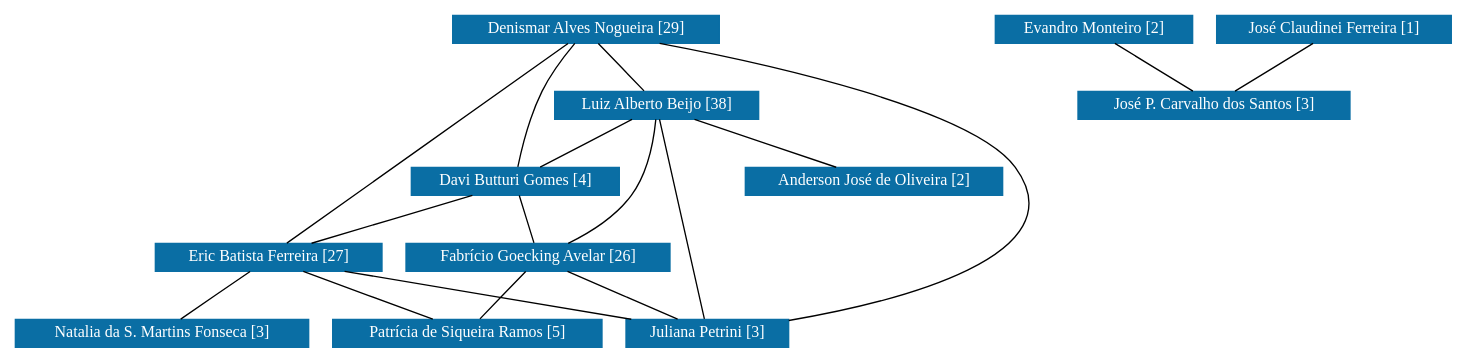
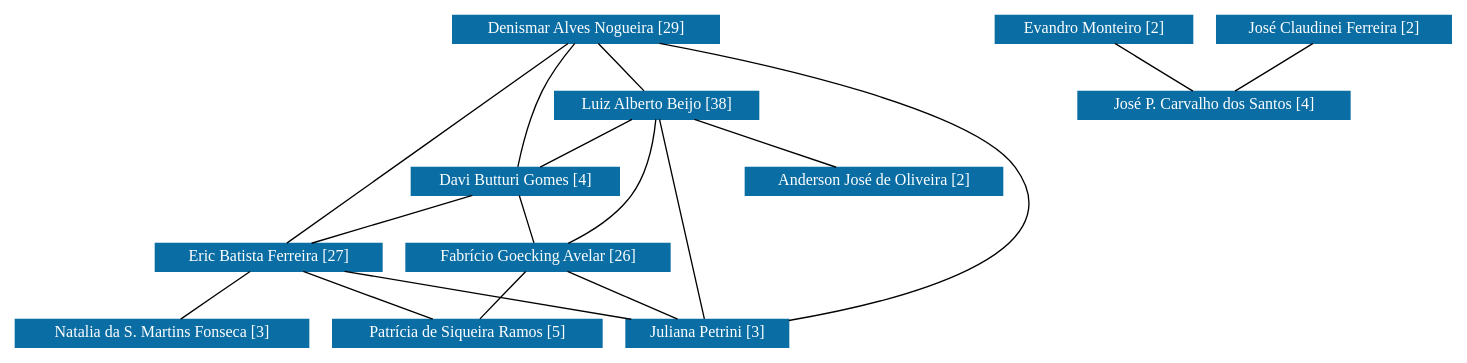
One commit to icamps/unifal-lattes.github.io changed the diagram in PPGEAB/grafoDeColaboracoesSemPesos.dot. Above: the diagram before and after it, drawn with Graphviz. The commit also changed 833 other files, not shown here.

```diff
--- a/PPGEAB/grafoDeColaboracoesSemPesos.dot
+++ b/PPGEAB/grafoDeColaboracoesSemPesos.dot
@@ -1,112 +1,112 @@
 strict graph grafo1 {
 	graph [bb="0,0,895.5,249",
 		id=grafo1,
 		overlap=False
 	];
 	node [fontsize=12,
 		label="\N",
 		shape=rectangle,
 		style=filled
 	];
 	0	 [URL="membro-3858924778362309.html",
 		color="#0A6EA4",
 		fontcolor="#FFFFFF",
 		height=0.29167,
 		label="Denismar Alves Nogueira [29]",
 		pos="340,238.5",
 		width=2.2361];
 	1	 [URL="membro-8194104388434526.html",
 		color="#0A6EA4",
 		fontcolor="#FFFFFF",
 		height=0.29167,
 		label="Luiz Alberto Beijo [38]",
 		pos="386,181.5",
 		width=1.7778];
 	0 -- 1	 [pos="348.65,227.78 356.88,217.59 369.18,202.35 377.39,192.17"];
 	2	 [URL="membro-0326922176762825.html",
 		color="#0A6EA4",
 		fontcolor="#FFFFFF",
 		height=0.29167,
 		label="Davi Butturi Gomes [4]",
 		pos="293,124.5",
 		width=1.8056];
 	0 -- 2	 [pos="332.8,227.8 326.86,218.61 318.54,204.86 313,192 304.68,172.7 298.51,148.86 295.36,135.3"];
 	3	 [URL="membro-9965398009651936.html",
 		color="#0A6EA4",
 		fontcolor="#FFFFFF",
 		height=0.29167,
 		label="Eric Batista Ferreira [27]",
 		pos="150,67.5",
 		width=1.8889];
 	0 -- 3	 [pos="327.04,227.9 304.63,209.46 257.34,170.08 219,135 197.73,115.54 173.9,91.761 160.54,78.249"];
 	5	 [URL="membro-9510541669291293.html",
 		color="#0A6EA4",
 		fontcolor="#FFFFFF",
 		height=0.29167,
 		label="Juliana Petrini [3]",
 		pos="424,10.5",
 		width=1.4028];
 	0 -- 5	 [pos="386.77,227.94 458.88,210.61 591.78,174.12 619,135 660.63,75.154 545.21,37.587 474.51,20.79"];
 	1 -- 2	 [pos="368.51,170.78 351.88,160.59 327.02,145.35 310.41,135.17"];
 	1 -- 5	 [pos="388.38,170.8 395.2,140.09 414.8,51.897 421.62,21.193"];
 	4	 [URL="membro-6886514520601172.html",
 		color="#0A6EA4",
 		fontcolor="#FFFFFF",
 		height=0.29167,
 		label="Fabrício Goecking Avelar [26]",
 		pos="316,67.5",
 		width=2.2222];
 	1 -- 4	 [pos="384.83,170.71 382.9,156.73 378.13,132.03 367,114 358.06,99.521 343.35,86.798 332.02,78.337"];
 	8	 [URL="membro-1349156075777095.html",
 		color="#0A6EA4",
 		fontcolor="#FFFFFF",
 		height=0.29167,
 		label="Anderson José de Oliveira [2]",
 		pos="531,124.5",
 		width=2.1944];
 	1 -- 8	 [pos="412.93,170.91 438.98,160.67 478.22,145.25 504.21,135.03"];
 	2 -- 3	 [pos="266.44,113.91 240.75,103.67 202.06,88.25 176.42,78.031"];
 	2 -- 4	 [pos="297.33,113.78 301.44,103.59 307.59,88.348 311.69,78.173"];
 	3 -- 5	 [pos="200.58,56.979 249.75,46.75 324.03,31.297 373.26,21.056"];
 	6	 [URL="membro-7184150832649950.html",
 		color="#0A6EA4",
 		fontcolor="#FFFFFF",
 		height=0.29167,
 		label="Patrícia de Siqueira Ramos [5]",
 		pos="275,10.5",
 		width=2.2361];
 	3 -- 6	 [pos="173.22,56.912 195.67,46.674 229.5,31.25 251.91,21.031"];
 	7	 [URL="membro-3374954104030940.html",
 		color="#0A6EA4",
 		fontcolor="#FFFFFF",
 		height=0.29167,
 		label="Natalia da S. Martins Fonseca [3]",
 		pos="88,10.5",
 		width=2.4444];
 	3 -- 7	 [pos="138.34,56.779 127.25,46.588 110.68,31.348 99.609,21.173"];
 	4 -- 5	 [pos="336.06,56.912 355.46,46.674 384.68,31.25 404.05,21.031"];
 	4 -- 6	 [pos="308.29,56.779 300.96,46.588 290,31.348 282.68,21.173"];
 	9	 [URL="membro-3089568911577519.html",
 		color="#0A6EA4",
 		fontcolor="#FFFFFF",
 		height=0.29167,
 		label="Evandro Monteiro [2]",
 		pos="674,238.5",
 		width=1.6667];
 	11	 [URL="membro-9393213180145144.html",
 		color="#0A6EA4",
 		fontcolor="#FFFFFF",
 		height=0.29167,
-		label="José P. Carvalho dos Santos [3]",
+		label="José P. Carvalho dos Santos [4]",
 		pos="749,181.5",
 		width=2.3056];
 	9 -- 11	 [pos="688.11,227.78 701.52,217.59 721.57,202.35 734.96,192.17"];
 	10	 [URL="membro-6808752952332925.html",
 		color="#0A6EA4",
 		fontcolor="#FFFFFF",
 		height=0.29167,
-		label="José Claudinei Ferreira [1]",
+		label="José Claudinei Ferreira [2]",
 		pos="824,238.5",
 		width=1.9861];
 	10 -- 11	 [pos="809.89,227.78 796.48,217.59 776.43,202.35 763.04,192.17"];
 }
```
